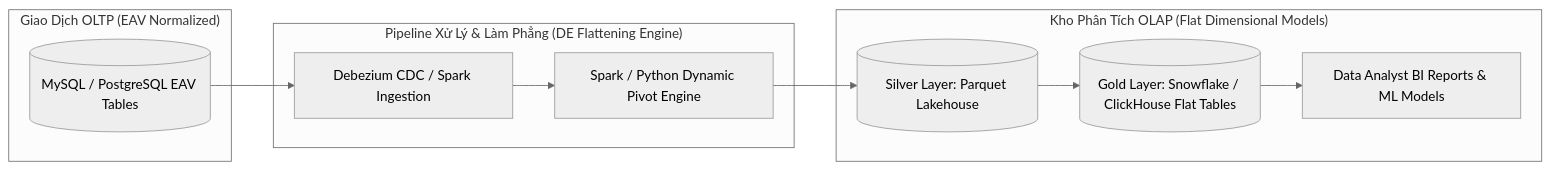
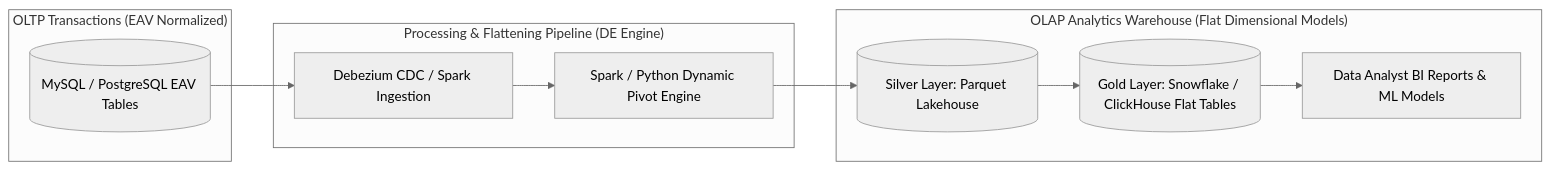
The second of 2 diagrams in src/data/blog/en/56-2026-07-21-mastering-eav-database-model-entity-attribute-value-data-engineering.md (ga2631/ga2631.github.io), drawn with Mermaid (neutral theme) before and after one commit. The commit also changed other lines of this file and 74 other files, not shown here.

````diff
--- a/src/data/blog/en/56-2026-07-21-mastering-eav-database-model-entity-attribute-value-data-engineering.md
+++ b/src/data/blog/en/56-2026-07-21-mastering-eav-database-model-entity-attribute-value-data-engineering.md
@@ -176,22 +176,22 @@
 ```mermaid
 flowchart LR
-    subgraph OLTP ["Giao Dịch OLTP (EAV Normalized)"]
+    subgraph OLTP ["OLTP Transactions (EAV Normalized)"]
         EAVDB[("MySQL / PostgreSQL EAV Tables")]
     end
 
-    subgraph ETLPipeline ["Pipeline Xử Lý & Làm Phẳng (DE Flattening Engine)"]
+    subgraph ETLPipeline ["Processing & Flattening Pipeline (DE Engine)"]
         CDC["Debezium CDC / Spark Ingestion"]
         Pivoter["Spark / Python Dynamic Pivot Engine"]
         CDC --> Pivoter
     end
 
-    subgraph OLAP ["Kho Phân Tích OLAP (Flat Dimensional Models)"]
+    subgraph OLAP ["OLAP Analytics Warehouse (Flat Dimensional Models)"]
         Parquet[("Silver Layer: Parquet Lakehouse")]
         DW[("Gold Layer: Snowflake / ClickHouse Flat Tables")]
         BI["Data Analyst BI Reports & ML Models"]
 
         Pivoter --> Parquet --> DW --> BI
     end
 
     EAVDB --> CDC
 ```
````
